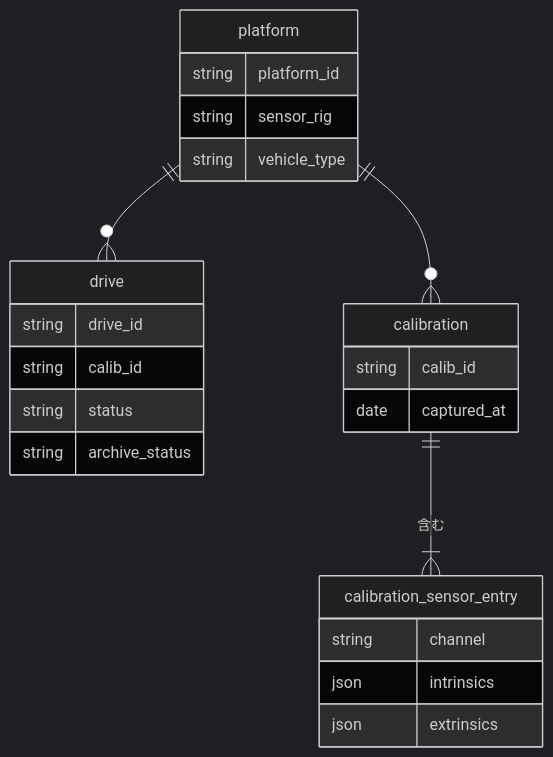
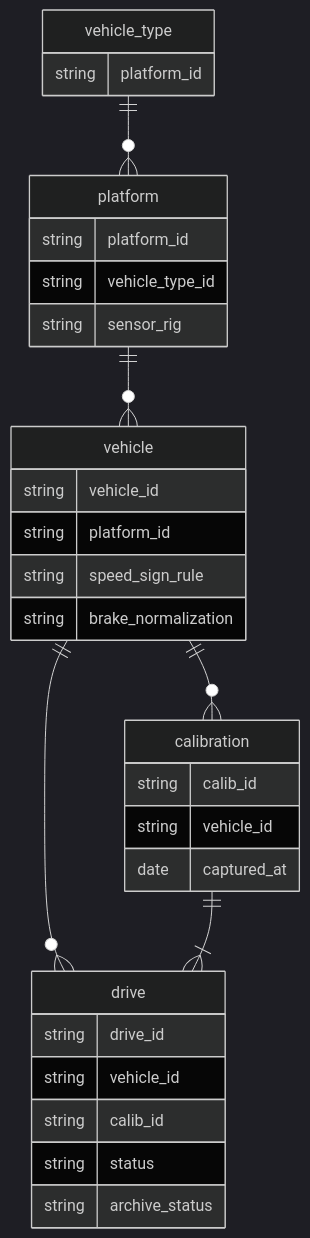
One commit to c60evaporator/shasou-core changed the second of 2 diagrams in CLAUDE.md. Above: the diagram before and after it, drawn with Mermaid (dark theme). The commit also changed other lines of this file and 20 other files, not shown here.

Commit message:
Add vehicle schema

````diff
--- a/CLAUDE.md
+++ b/CLAUDE.md
@@ -27,27 +27,35 @@
 ```mermaid
 erDiagram
-    platform ||--o{ drive : ""
-    platform ||--o{ calibration : ""
-    calibration ||--|{ calibration_sensor_entry : "含む"
-
+    vehicle_type ||--o{ platform : ""
+    platform ||--o{ vehicle : ""
+    vehicle ||--o{ calibration : ""
+    vehicle ||--o{ drive : ""
+    calibration ||--|{ drive : ""
+    
+    vehicle_type {
+        string platform_id
+    }
     platform {
         string platform_id
+        string vehicle_type_id
         string sensor_rig
-        string vehicle_type
+    }
+    vehicle {
+        string vehicle_id
+        string platform_id
+        string speed_sign_rule
+        string brake_normalization
+    }
+    calibration {
+        string calib_id
+        string vehicle_id
+        date captured_at
     }
     drive {
         string drive_id
+        string vehicle_id
         string calib_id
         string status
         string archive_status
     }
-    calibration {
-        string calib_id
-        date captured_at
-    }
-    calibration_sensor_entry {
-        string channel
-        json intrinsics
-        json extrinsics
-    }
 ```
````
